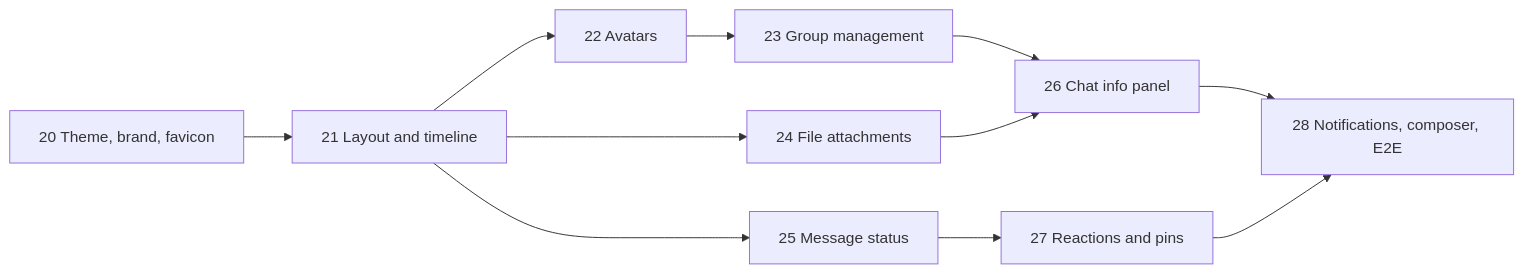
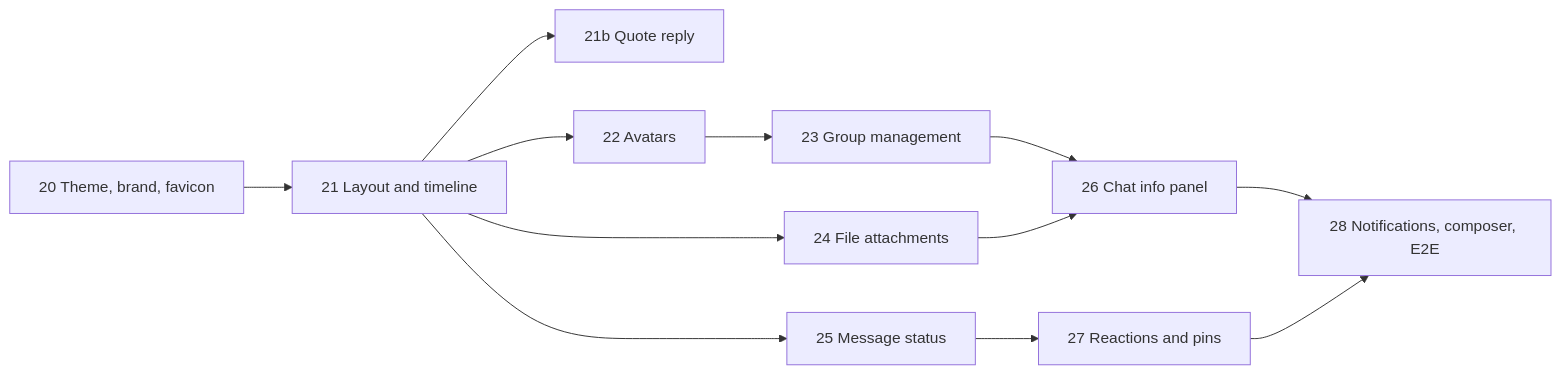
The diagram in docs/MODERNIZATION_PLAN.md (MaxKorop/Chat-App), drawn with Mermaid before and after one commit. The commit also changed other lines of this file, not shown here.

Commit message:
docs: add step 21b (reply to part of a message) to the modernization plan

````diff
--- a/docs/MODERNIZATION_PLAN.md
+++ b/docs/MODERNIZATION_PLAN.md
@@ -41,13 +42,14 @@
 ```mermaid
 flowchart LR
     s20["20 Theme, brand, favicon"] --> s21["21 Layout and timeline"]
+    s21 --> s21b["21b Quote reply"]
     s21 --> s22["22 Avatars"]
     s22 --> s23["23 Group management"]
     s21 --> s24["24 File attachments"]
     s21 --> s25["25 Message status"]
     s23 --> s26["26 Chat info panel"]
     s24 --> s26
     s25 --> s27["27 Reactions and pins"]
     s26 --> s28["28 Notifications, composer, E2E"]
     s27 --> s28
 ```
````
